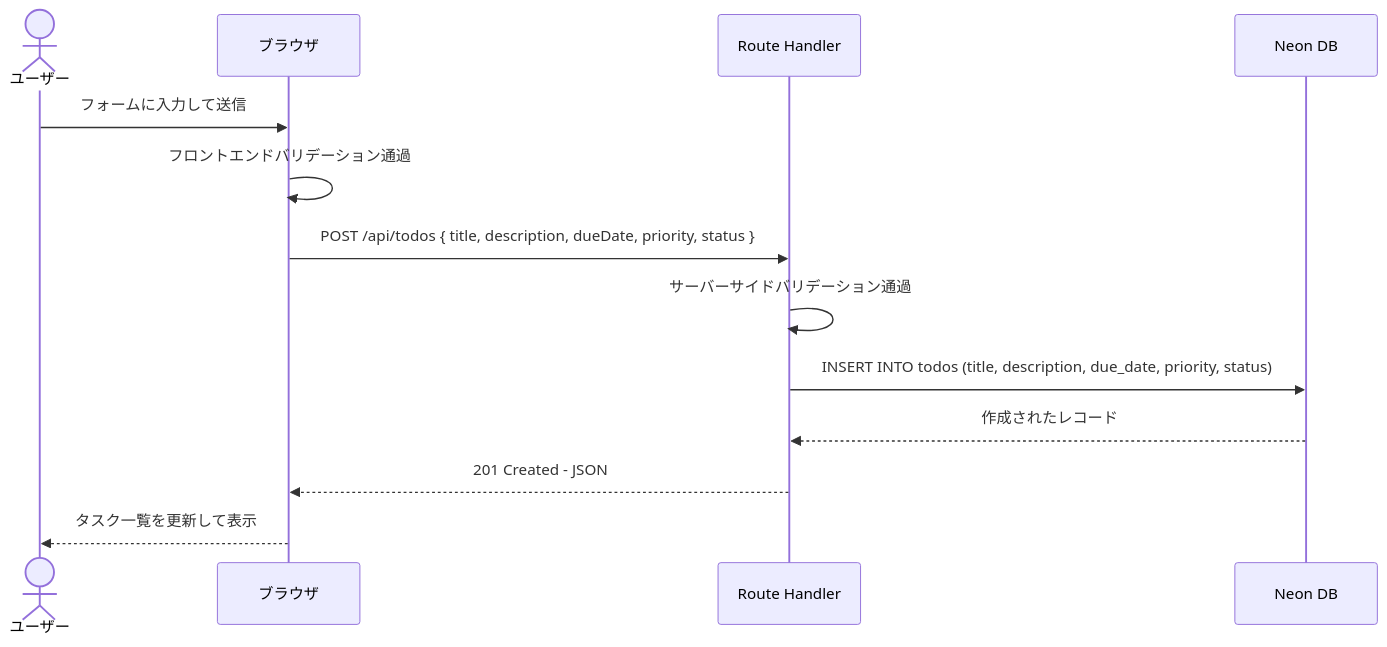
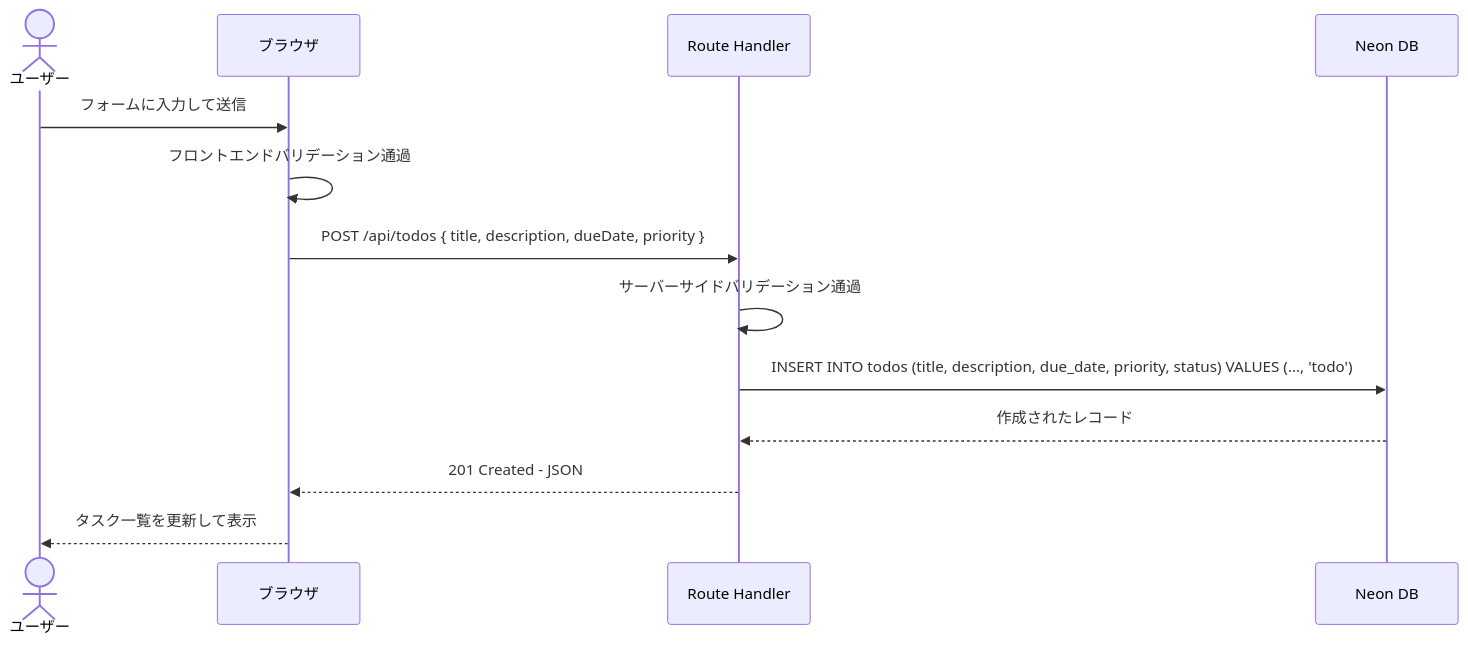
The second of 7 diagrams in SEQUENCE.md (garyohosu/Vercel_todo), drawn with Mermaid before and after one commit. The commit also changed other lines of this file and 4 other files, not shown here.

````diff
--- a/SEQUENCE.md
+++ b/SEQUENCE.md
@@ -53,16 +64,16 @@
 ```mermaid
 sequenceDiagram
     actor User as ユーザー
     participant Browser as ブラウザ
     participant API as Route Handler
     participant DB as Neon DB
 
     User->>Browser: フォームに入力して送信
     Browser->>Browser: フロントエンドバリデーション通過
-    Browser->>API: POST /api/todos { title, description, dueDate, priority, status }
+    Browser->>API: POST /api/todos { title, description, dueDate, priority }
     API->>API: サーバーサイドバリデーション通過
-    API->>DB: INSERT INTO todos (title, description, due_date, priority, status)
+    API->>DB: INSERT INTO todos (title, description, due_date, priority, status) VALUES (..., 'todo')
     DB-->>API: 作成されたレコード
     API-->>Browser: 201 Created - JSON
     Browser-->>User: タスク一覧を更新して表示
 ```
````
